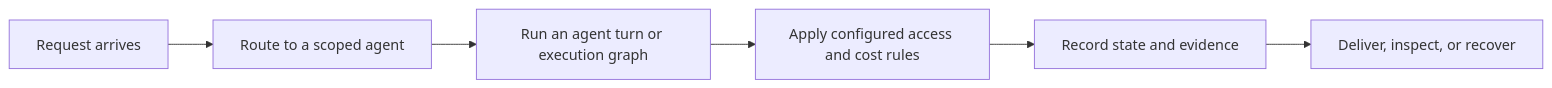
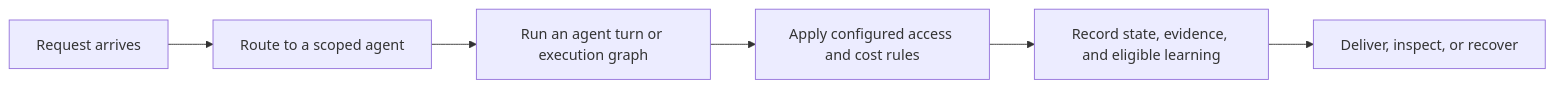
Before and after one commit to comisai/comis: the diagram in docs/get-started/how-it-works.mdx, drawn with Mermaid. The commit also changed other lines of this file and 76 other files, not shown here.

````diff
--- a/docs/get-started/how-it-works.mdx
+++ b/docs/get-started/how-it-works.mdx
@@ -18,8 +18,8 @@
 ```mermaid
 flowchart LR
     A["Request arrives"] --> B["Route to a scoped agent"]
     B --> C["Run an agent turn or execution graph"]
     C --> D["Apply configured access and cost rules"]
-    D --> E["Record state and evidence"]
+    D --> E["Record state, evidence, and eligible learning"]
     E --> F["Deliver, inspect, or recover"]
 ```
````
